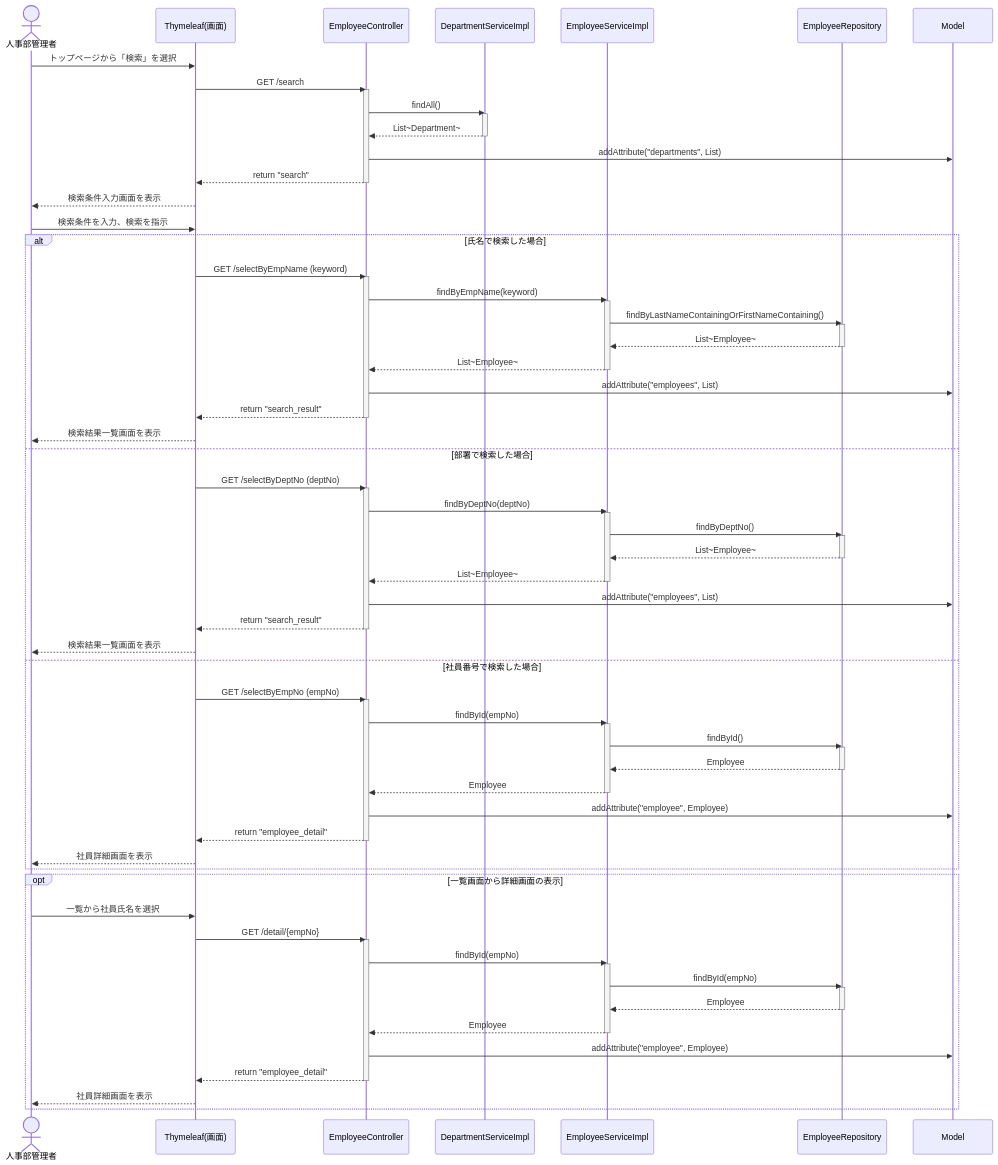
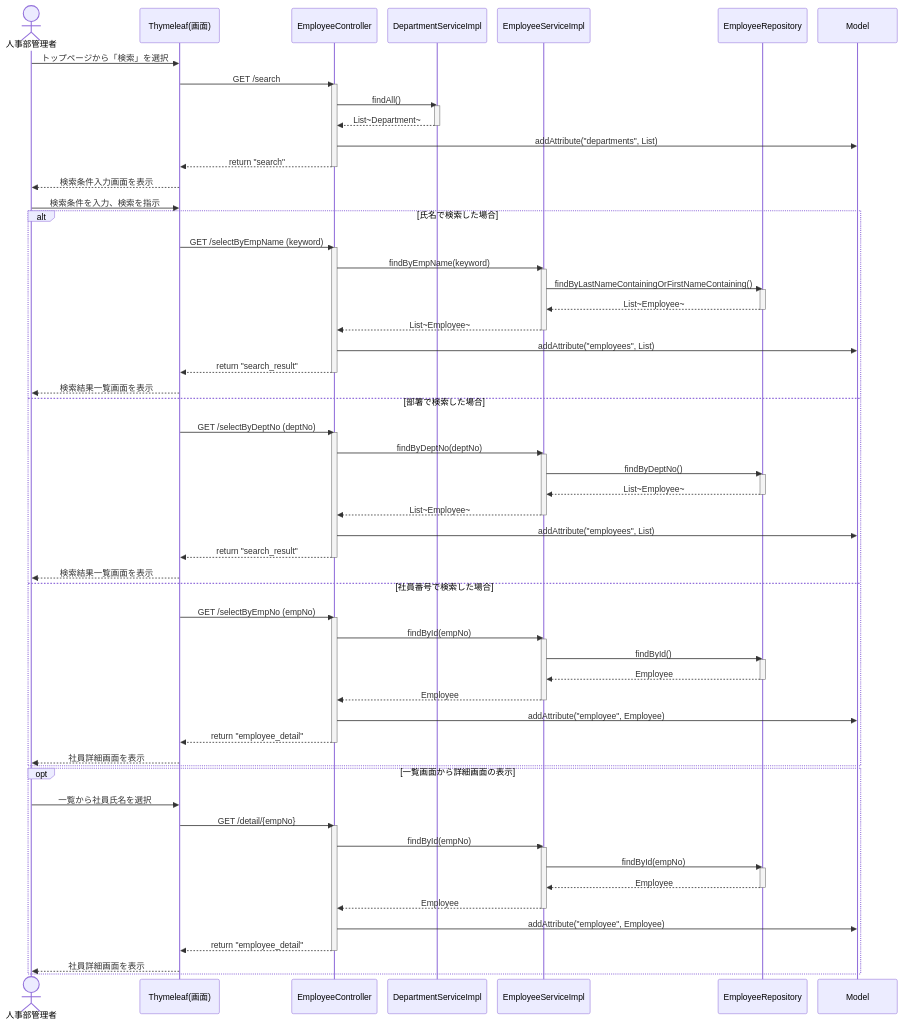
Before and after one commit to juyeongjung1/NewEIMS: diagram 22 of 25 in EIMS_Comprehensive_Exercise_Guide.md, drawn with Mermaid. The commit also changed other lines of this file, not shown here.

Commit message:
PDF出力のレイアウト最適化3回目（CSS修正、不要な改行削除、Mermaid初期設定による縮小）

````diff
--- a/EIMS_Comprehensive_Exercise_Guide.md
+++ b/EIMS_Comprehensive_Exercise_Guide.md
@@ -1578,4 +1580,5 @@
 ```mermaid
+%%{init: {'theme': 'default', 'sequence': {'messageMarginBottom': 10, 'actorMargin': 20, 'boxMargin': 5}}}%%
 sequenceDiagram
     actor Admin as 人事部管理者
     participant View as Thymeleaf(画面)
````
